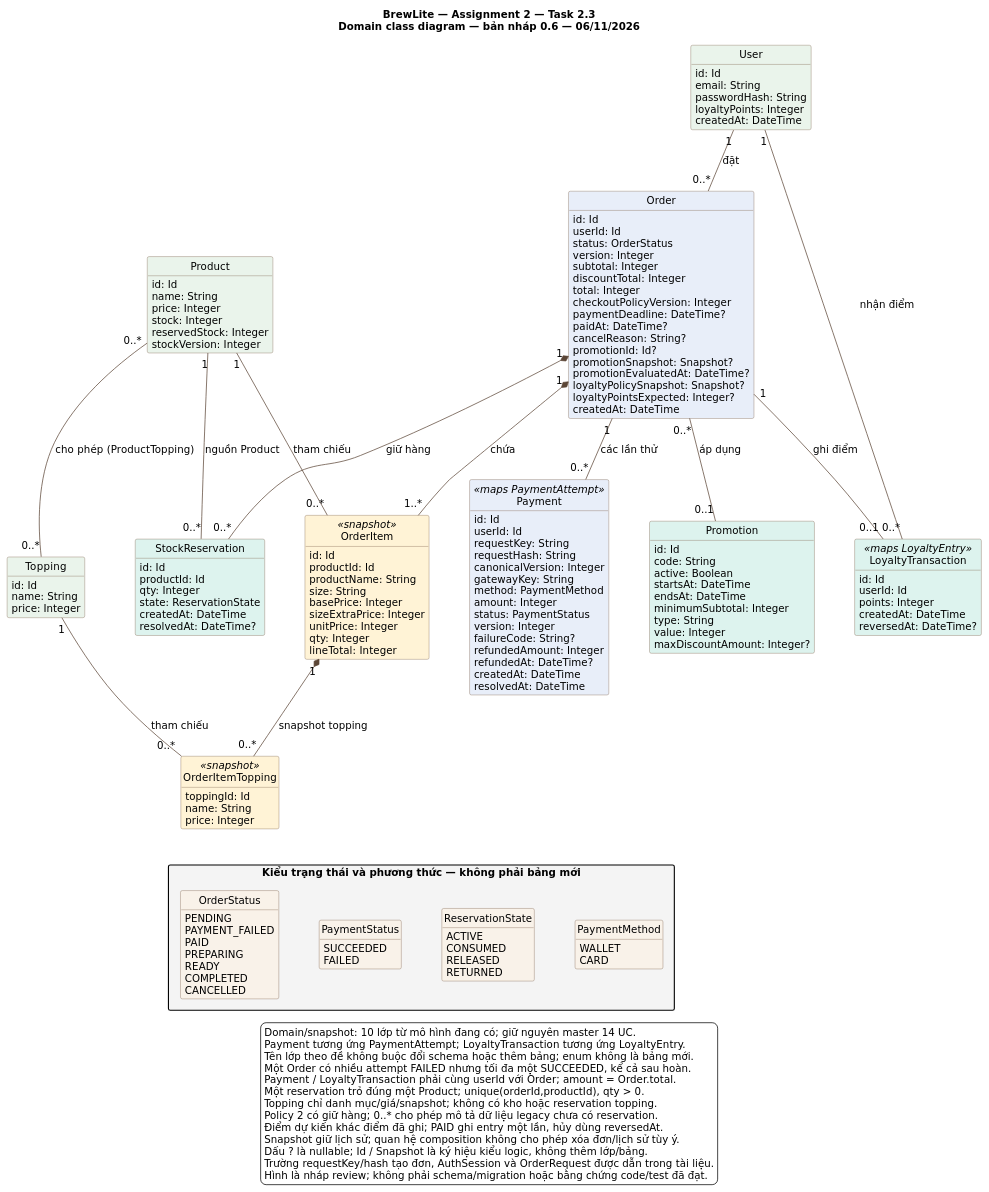
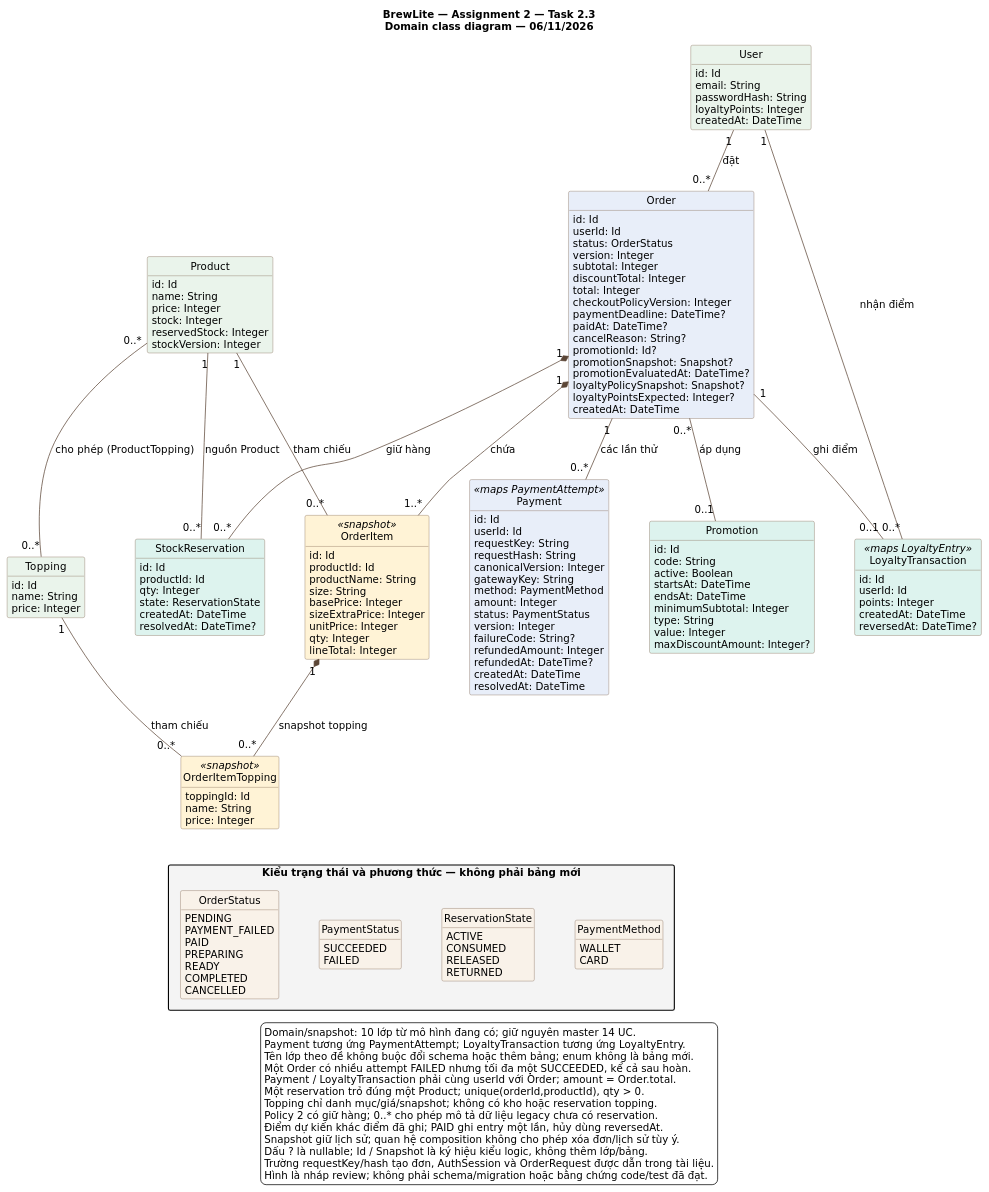
One commit to giabaot400-boop/BrewLite changed the diagram in docs/diagrams/class-domain.puml. Above: the diagram before and after it, drawn with PlantUML. The commit also changed 49 other files, not shown here.

```diff
--- a/docs/diagrams/class-domain.puml
+++ b/docs/diagrams/class-domain.puml
@@ -1,183 +1,183 @@
 @startuml class-domain
-title BrewLite — Assignment 2 — Task 2.3\nDomain class diagram — bản nháp 0.6 — 06/11/2026
+title BrewLite — Assignment 2 — Task 2.3\nDomain class diagram — 06/11/2026
 top to bottom direction
 skinparam defaultFontName DejaVu Sans
 skinparam defaultFontSize 14
 skinparam shadowing false
 skinparam backgroundColor #FFFFFF
 skinparam ArrowColor #5B4636
 skinparam classBorderColor #80644F
 skinparam classBackgroundColor #F9F2E9
 skinparam packageStyle rectangle
 skinparam nodesep 55
 skinparam ranksep 65
 hide circle
 hide methods
 
 class User #EAF4EB {
   id: Id
   email: String
   passwordHash: String
   loyaltyPoints: Integer
   createdAt: DateTime
 }
 
 class Order #E8EEF9 {
   id: Id
   userId: Id
   status: OrderStatus
   version: Integer
   subtotal: Integer
   discountTotal: Integer
   total: Integer
   checkoutPolicyVersion: Integer
   paymentDeadline: DateTime?
   paidAt: DateTime?
   cancelReason: String?
   promotionId: Id?
   promotionSnapshot: Snapshot?
   promotionEvaluatedAt: DateTime?
   loyaltyPolicySnapshot: Snapshot?
   loyaltyPointsExpected: Integer?
   createdAt: DateTime
 }
 
 class OrderItem <<snapshot>> #FFF3D6 {
   id: Id
   productId: Id
   productName: String
   size: String
   basePrice: Integer
   sizeExtraPrice: Integer
   unitPrice: Integer
   qty: Integer
   lineTotal: Integer
 }
 
 class OrderItemTopping <<snapshot>> #FFF3D6 {
   toppingId: Id
   name: String
   price: Integer
 }
 
 class Product #EAF4EB {
   id: Id
   name: String
   price: Integer
   stock: Integer
   reservedStock: Integer
   stockVersion: Integer
 }
 
 class Topping #EAF4EB {
   id: Id
   name: String
   price: Integer
 }
 
 class Payment <<maps PaymentAttempt>> #E8EEF9 {
   id: Id
   userId: Id
   requestKey: String
   requestHash: String
   canonicalVersion: Integer
   gatewayKey: String
   method: PaymentMethod
   amount: Integer
   status: PaymentStatus
   version: Integer
   failureCode: String?
   refundedAmount: Integer
   refundedAt: DateTime?
   createdAt: DateTime
   resolvedAt: DateTime
 }
 
 class Promotion #DDF3EE {
   id: Id
   code: String
   active: Boolean
   startsAt: DateTime
   endsAt: DateTime
   minimumSubtotal: Integer
   type: String
   value: Integer
   maxDiscountAmount: Integer?
 }
 
 class LoyaltyTransaction <<maps LoyaltyEntry>> #DDF3EE {
   id: Id
   userId: Id
   points: Integer
   createdAt: DateTime
   reversedAt: DateTime?
 }
 
 class StockReservation #DDF3EE {
   id: Id
   productId: Id
   qty: Integer
   state: ReservationState
   createdAt: DateTime
   resolvedAt: DateTime?
 }
 
 User "1" -down- "0..*" Order : đặt
 Order "1" *-down- "1..*" OrderItem : chứa
 OrderItem "1" *-down- "0..*" OrderItemTopping : snapshot topping
 Product "1" -- "0..*" OrderItem : tham chiếu
 Topping "1" -- "0..*" OrderItemTopping : tham chiếu
 Product "0..*" -- "0..*" Topping : cho phép (ProductTopping)
 Order "1" -- "0..*" Payment : các lần thử
 Order "0..*" -- "0..1" Promotion : áp dụng
 Order "1" -- "0..1" LoyaltyTransaction : ghi điểm
 User "1" -- "0..*" LoyaltyTransaction : nhận điểm
 Order "1" *-- "0..*" StockReservation : giữ hàng
 Product "1" -- "0..*" StockReservation : nguồn Product
 
 package "Kiểu trạng thái và phương thức — không phải bảng mới" #F4F4F4 {
   enum OrderStatus {
     PENDING
     PAYMENT_FAILED
     PAID
     PREPARING
     READY
     COMPLETED
     CANCELLED
   }
   enum PaymentStatus {
     SUCCEEDED
     FAILED
   }
   enum ReservationState {
     ACTIVE
     CONSUMED
     RELEASED
     RETURNED
   }
   enum PaymentMethod {
     WALLET
     CARD
   }
   OrderStatus -[hidden]right-> PaymentStatus
   PaymentStatus -[hidden]right-> ReservationState
   ReservationState -[hidden]right-> PaymentMethod
 }
 OrderItemTopping -[hidden]down-> OrderStatus
 
 legend bottom
   Domain/snapshot: 10 lớp từ mô hình đang có; giữ nguyên master 14 UC.
   Payment tương ứng PaymentAttempt; LoyaltyTransaction tương ứng LoyaltyEntry.
   Tên lớp theo đề không buộc đổi schema hoặc thêm bảng; enum không là bảng mới.
   Một Order có nhiều attempt FAILED nhưng tối đa một SUCCEEDED, kể cả sau hoàn.
   Payment / LoyaltyTransaction phải cùng userId với Order; amount = Order.total.
   Một reservation trỏ đúng một Product; unique(orderId,productId), qty > 0.
   Topping chỉ danh mục/giá/snapshot; không có kho hoặc reservation topping.
   Policy 2 có giữ hàng; 0..* cho phép mô tả dữ liệu legacy chưa có reservation.
   Điểm dự kiến khác điểm đã ghi; PAID ghi entry một lần, hủy dùng reversedAt.
   Snapshot giữ lịch sử; quan hệ composition không cho phép xóa đơn/lịch sử tùy ý.
   Dấu ? là nullable; Id / Snapshot là ký hiệu kiểu logic, không thêm lớp/bảng.
   Trường requestKey/hash tạo đơn, AuthSession và OrderRequest được dẫn trong tài liệu.
   Hình là nháp review; không phải schema/migration hoặc bằng chứng code/test đã đạt.
 endlegend
 @enduml
```
